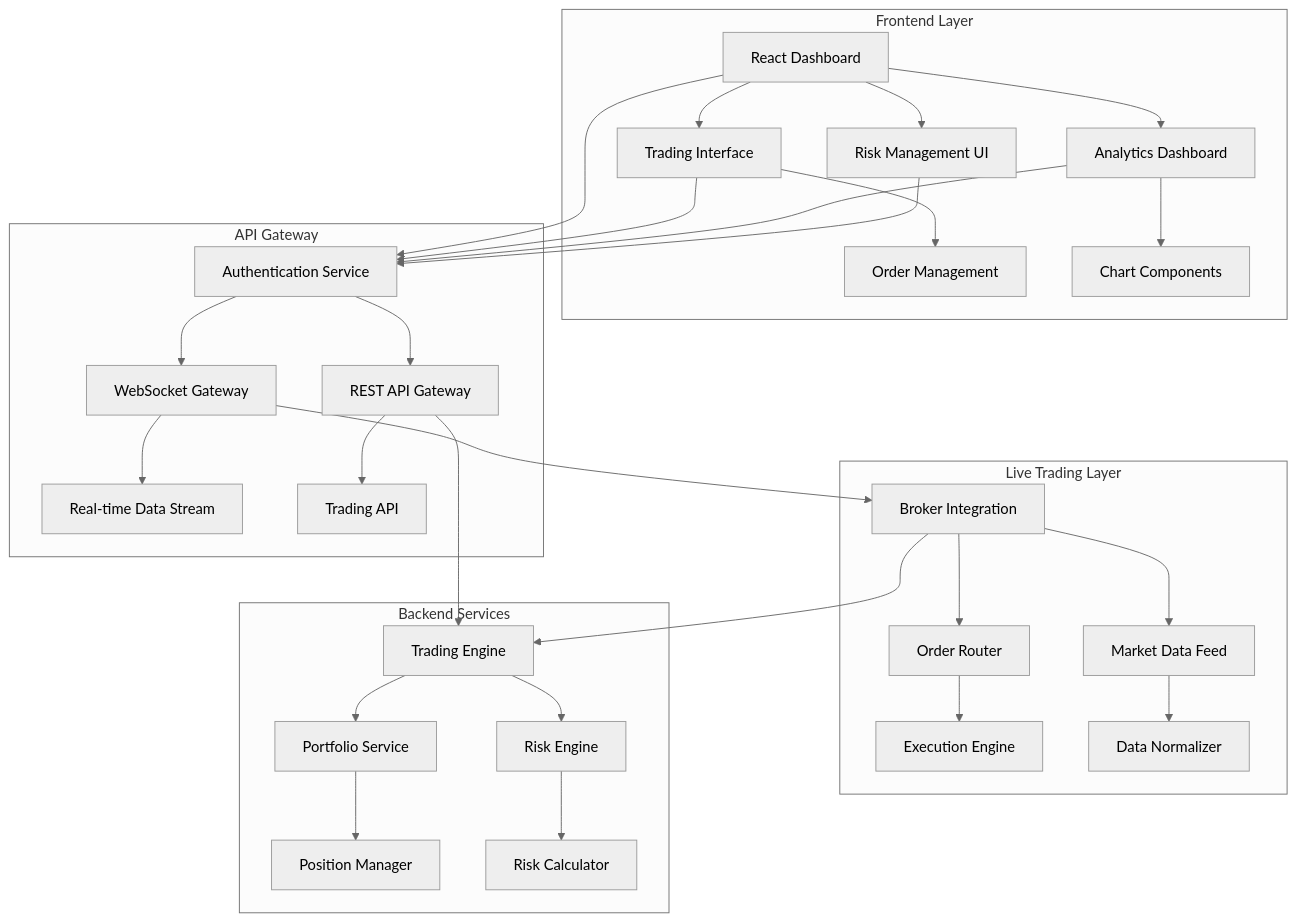
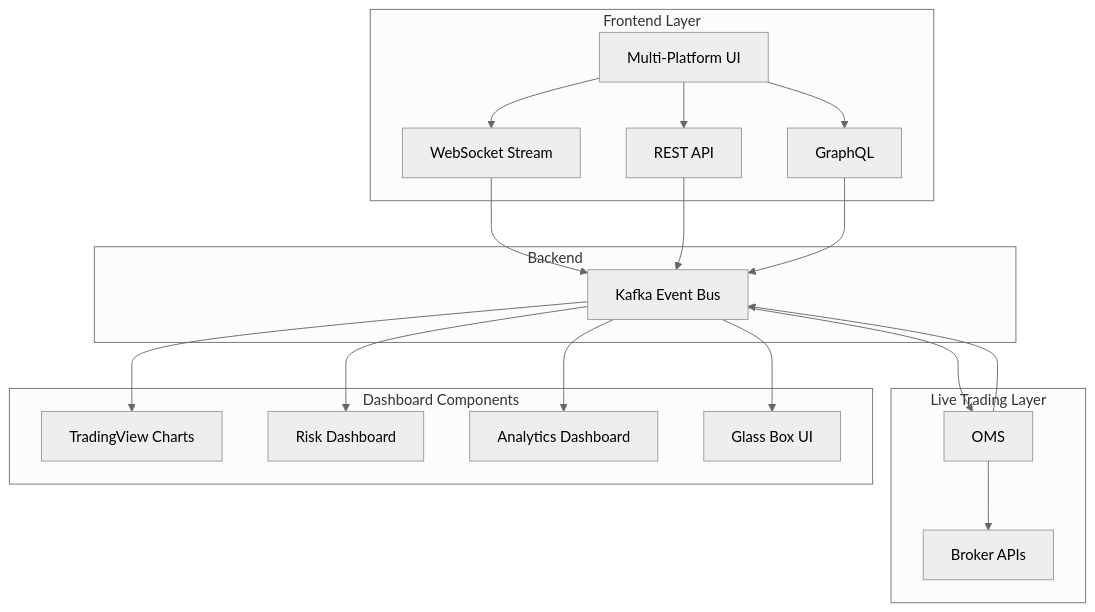
Before and after one commit to vincentspereira/Algorithmic-Trading-System: the ninth of 15 diagrams in docs/complete_designs.md, drawn with Mermaid (neutral theme). The commit also changed other lines of this file and 72 other files, not shown here.

````diff
--- a/docs/complete_designs.md
+++ b/docs/complete_designs.md
@@ -327,39 +516,33 @@
 ```mermaid
 graph TB
     subgraph "Frontend Layer"
-        A[React Dashboard] --> B[Trading Interface]
-        A --> C[Analytics Dashboard]
-        A --> D[Risk Management UI]
-        B --> E[Order Management]
-        C --> F[Chart Components]
-    end
-    
-    subgraph "API Gateway"
-        G[Authentication Service] --> H[WebSocket Gateway]
-        G --> I[REST API Gateway]
-        H --> J[Real-time Data Stream]
-        I --> K[Trading API]
+        UI[Multi-Platform UI] --> WS[WebSocket Stream]
+        UI --> REST[REST API]
+        UI --> GRAPH[GraphQL]
     end
     
     subgraph "Live Trading Layer"
-        L[Broker Integration] --> M[Order Router]
-        L --> N[Market Data Feed]
-        M --> O[Execution Engine]
-        N --> P[Data Normalizer]
+        OMS[OMS] --> BROKER[Broker APIs]
     end
     
-    subgraph "Backend Services"
-        Q[Trading Engine] --> R[Portfolio Service]
-        Q --> S[Risk Engine]
-        R --> T[Position Manager]
-        S --> U[Risk Calculator]
+    subgraph "Dashboard Components"
+        TV[TradingView Charts]
+        RISK[Risk Dashboard]
+        ANALYTICS[Analytics Dashboard]
+        GLASS[Glass Box UI]
     end
     
-    A --> G
-    B --> G
-    C --> G
-    D --> G
-    H --> L
-    I --> Q
-    L --> Q
+    subgraph "Backend"
+        KAFKA[Kafka Event Bus]
+    end
+    
+    WS --> KAFKA
+    REST --> KAFKA
+    GRAPH --> KAFKA
+    KAFKA --> OMS
+    OMS --> KAFKA
+    KAFKA --> TV
+    KAFKA --> RISK
+    KAFKA --> ANALYTICS
+    KAFKA --> GLASS
 ```
````
